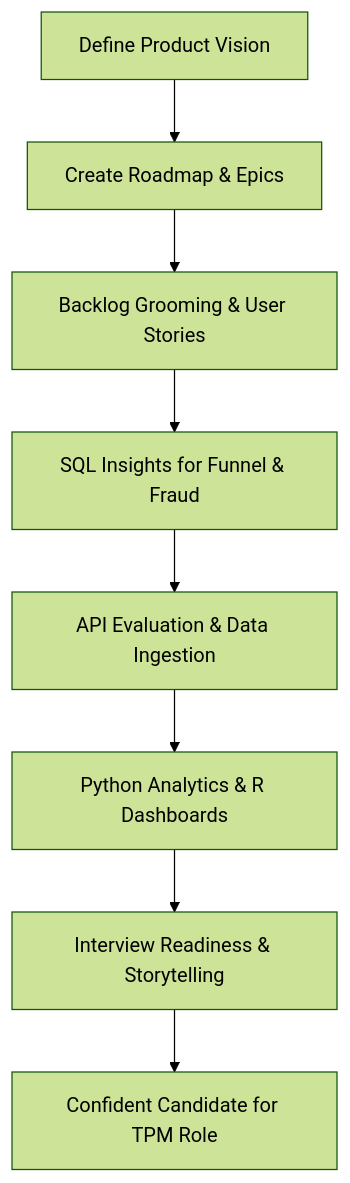
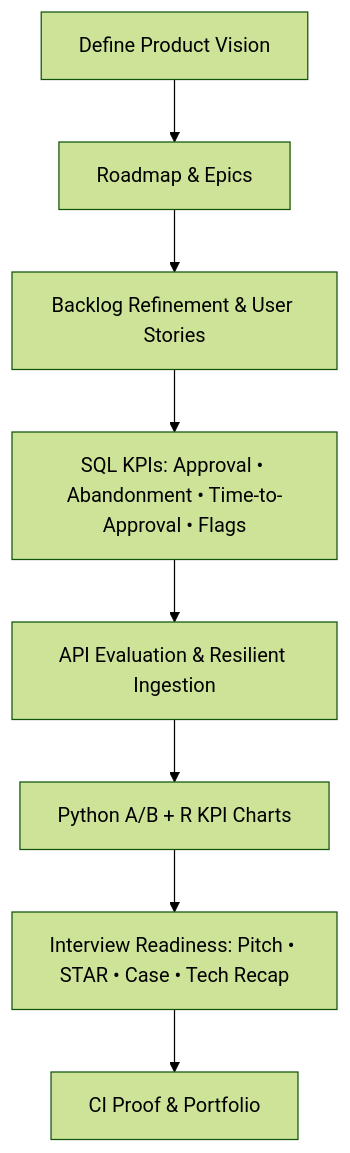
One commit to emcdo411/tpm-lending-platform-crashcourse changed the diagram in README.md. Above: the diagram before and after it, drawn with Mermaid (forest theme). The commit also changed other lines of this file, not shown here.

`````diff
--- a/README.md
+++ b/README.md
@@ -129,10 +255,10 @@
 ```mermaid
 flowchart TD
-    A[Define Product Vision] --> B[Create Roadmap & Epics]
-    B --> C[Backlog Grooming & User Stories]
-    C --> D[SQL Insights for Funnel & Fraud]
-    D --> E[API Evaluation & Data Ingestion]
-    E --> F[Python Analytics & R Dashboards]
-    F --> G[Interview Readiness & Storytelling]
-    G --> H[Confident Candidate for TPM Role]
-````
+A[Define Product Vision] --> B[Roadmap & Epics]
+B --> C[Backlog Refinement & User Stories]
+C --> D[SQL KPIs: Approval • Abandonment • Time-to-Approval • Flags]
+D --> E[API Evaluation & Resilient Ingestion]
+E --> F[Python A/B + R KPI Charts]
+F --> G[Interview Readiness: Pitch • STAR • Case • Tech Recap]
+G --> H[CI Proof & Portfolio]
+```
`````
